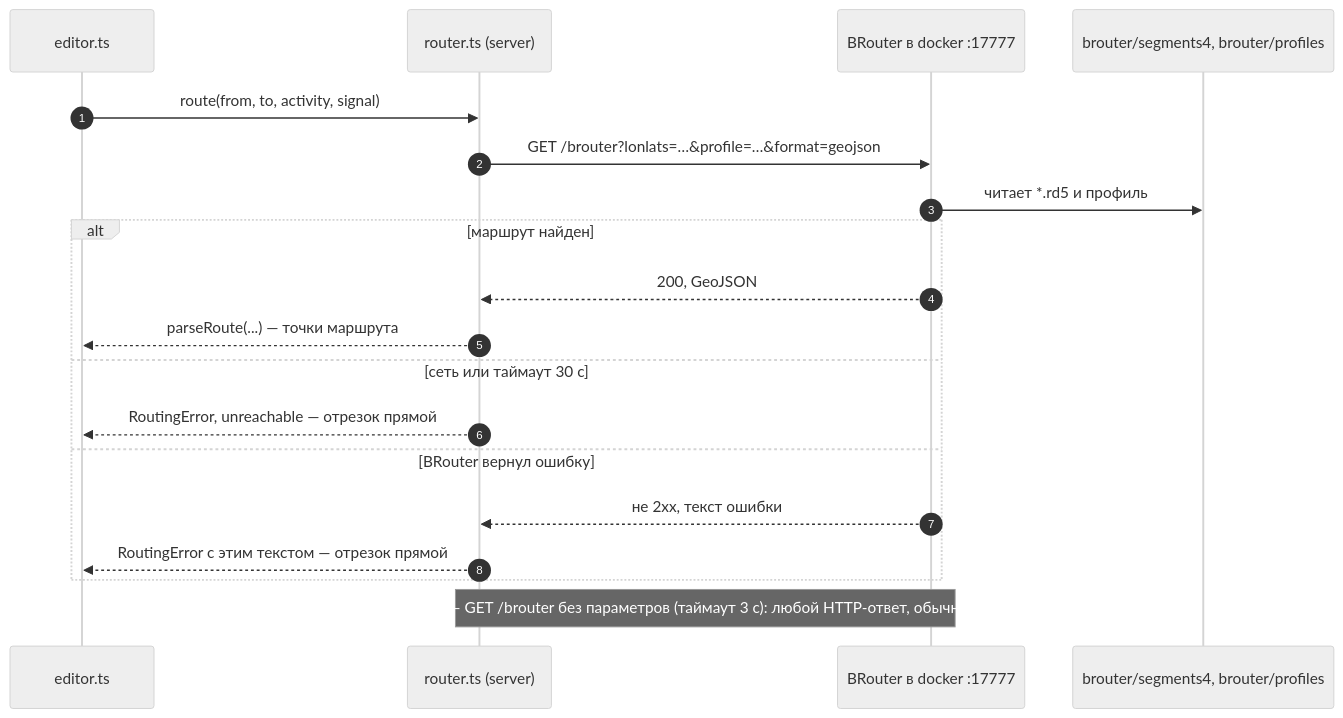
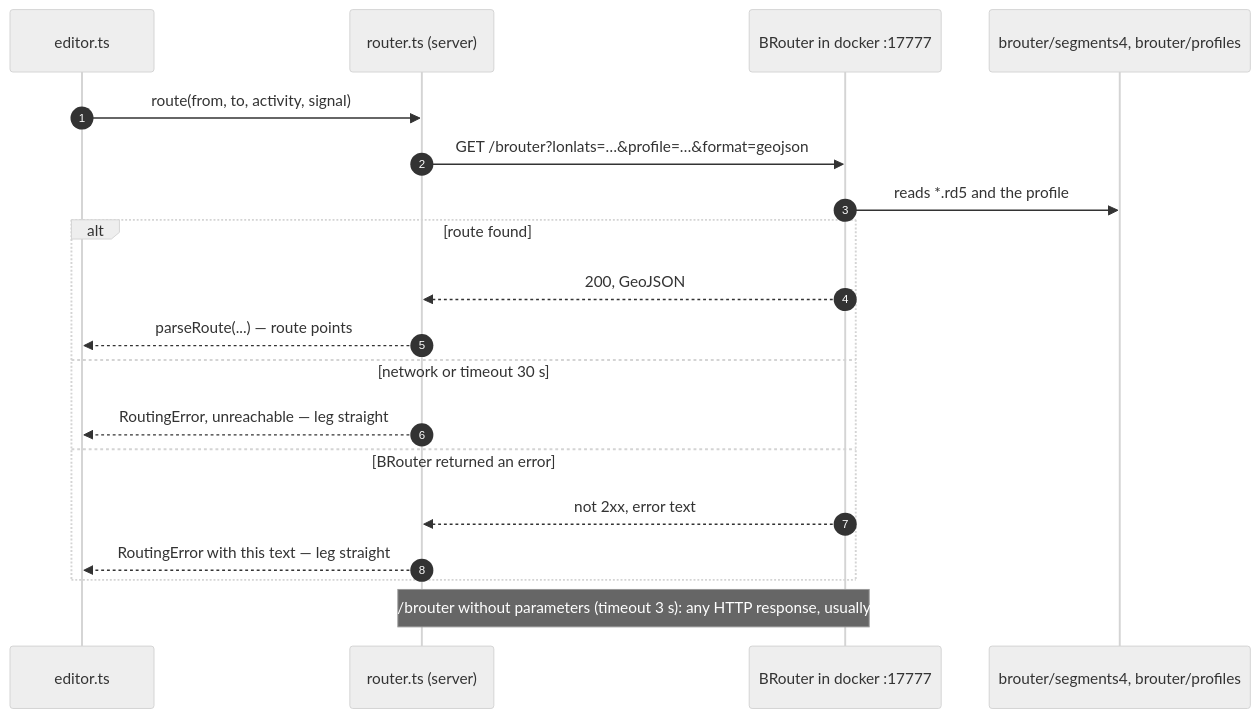
One commit to sergeycw/nakarte changed the first of 2 diagrams in docs/architecture/routing.md. Above: the diagram before and after it, drawn with Mermaid (neutral theme). The commit also changed other lines of this file and 11 other files, not shown here.

````diff
--- a/docs/architecture/routing.md
+++ b/docs/architecture/routing.md
@@ -20,22 +20,22 @@
 ```mermaid
 sequenceDiagram
     autonumber
     participant ED as editor.ts
     participant RT as router.ts (server)
-    participant SRV as BRouter в docker :17777
+    participant SRV as BRouter in docker :17777
     participant FS as brouter/segments4, brouter/profiles
 
     ED->>RT: route(from, to, activity, signal)
     RT->>SRV: GET /brouter?lonlats=…&profile=…&format=geojson
-    SRV->>FS: читает *.rd5 и профиль
-    alt маршрут найден
+    SRV->>FS: reads *.rd5 and the profile
+    alt route found
         SRV-->>RT: 200, GeoJSON
-        RT-->>ED: parseRoute(...) — точки маршрута
-    else сеть или таймаут 30 с
-        RT-->>ED: RoutingError, unreachable — отрезок прямой
-    else BRouter вернул ошибку
-        SRV-->>RT: не 2xx, текст ошибки
-        RT-->>ED: RoutingError с этим текстом — отрезок прямой
+        RT-->>ED: parseRoute(...) — route points
+    else network or timeout 30 s
+        RT-->>ED: RoutingError, unreachable — leg straight
+    else BRouter returned an error
+        SRV-->>RT: not 2xx, error text
+        RT-->>ED: RoutingError with this text — leg straight
     end
-    Note over RT,SRV: Проверка живости — GET /brouter без параметров (таймаут 3 с): любой HTTP-ответ, обычно 404, значит «жив»
+    Note over RT,SRV: Alive check — GET /brouter without parameters (timeout 3 s): any HTTP response, usually 404, means «alive»
 ```
````
